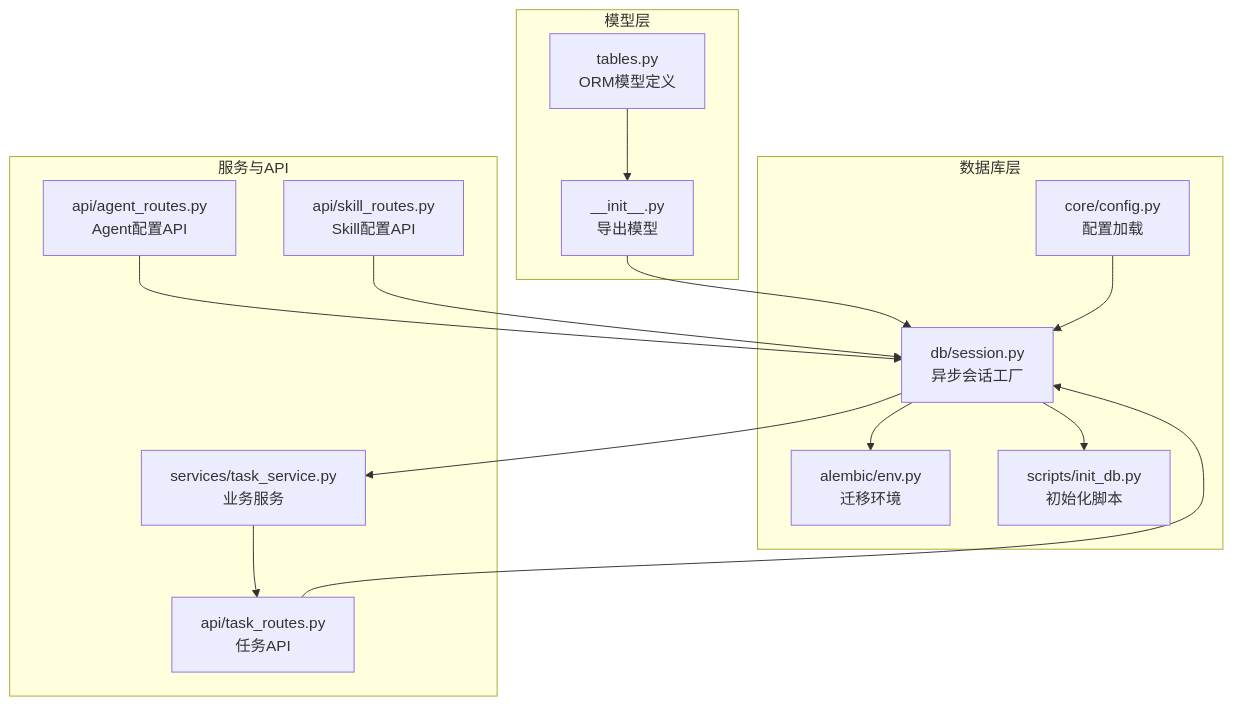
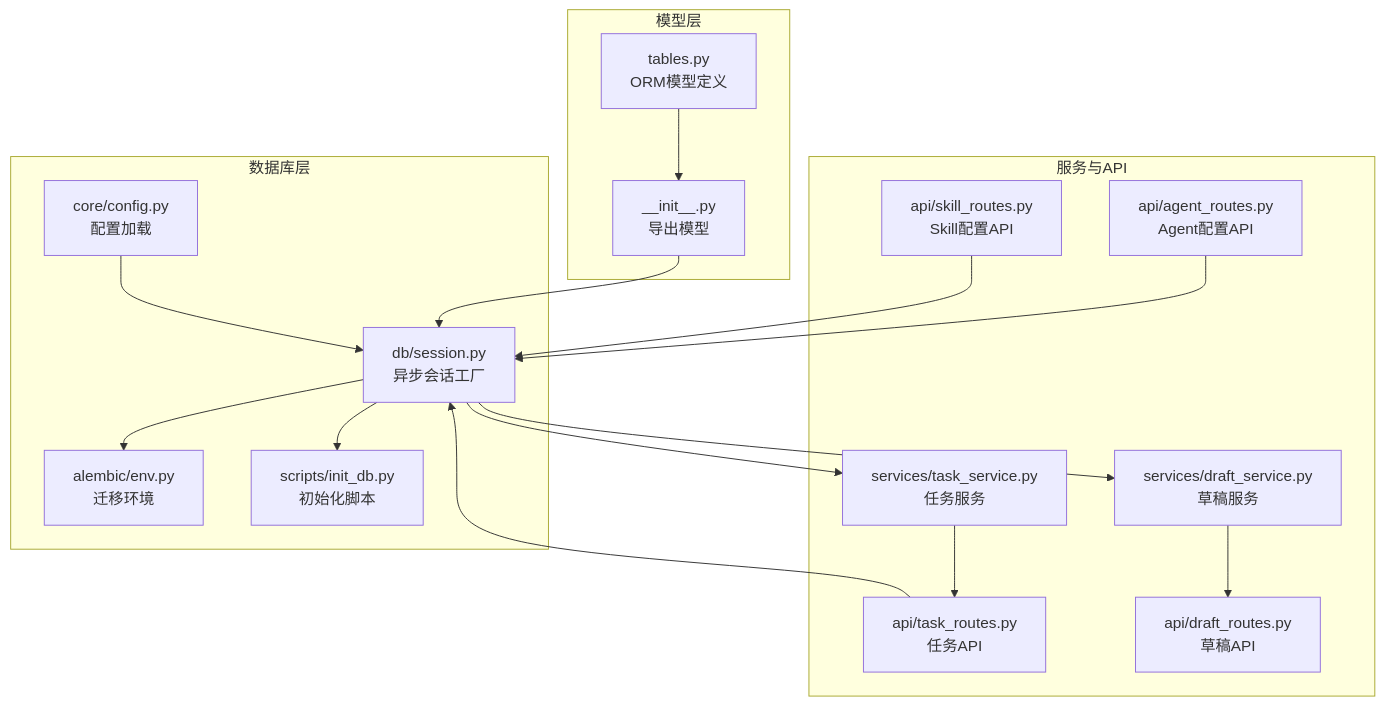
One commit to sansansansansan2022-web/hotclaw changed the first of 4 diagrams in .qoder/repowiki/zh/content/数据库设计/数据模型定义/数据模型定义.md. Above: the diagram before and after it, drawn with Mermaid. The commit also changed other lines of this file and 44 other files, not shown here.

````diff
--- a/.qoder/repowiki/zh/content/数据库设计/数据模型定义/数据模型定义.md
+++ b/.qoder/repowiki/zh/content/数据库设计/数据模型定义/数据模型定义.md
@@ -41,29 +46,33 @@
 ```mermaid
 graph TB
 subgraph "模型层"
 TBL["tables.py<br/>ORM模型定义"]
 INIT["__init__.py<br/>导出模型"]
 end
 subgraph "数据库层"
 CONF["core/config.py<br/>配置加载"]
 SESS["db/session.py<br/>异步会话工厂"]
 ALEMBIC["alembic/env.py<br/>迁移环境"]
 INITDB["scripts/init_db.py<br/>初始化脚本"]
 end
 subgraph "服务与API"
-SVC["services/task_service.py<br/>业务服务"]
+SVC["services/task_service.py<br/>任务服务"]
+DRAFTSVC["services/draft_service.py<br/>草稿服务"]
 RTASK["api/task_routes.py<br/>任务API"]
 RAGENT["api/agent_routes.py<br/>Agent配置API"]
 RSKILL["api/skill_routes.py<br/>Skill配置API"]
+RDRAFT["api/draft_routes.py<br/>草稿API"]
 end
 TBL --> INIT
 INIT --> SESS
 CONF --> SESS
 SESS --> ALEMBIC
 SESS --> INITDB
 SESS --> SVC
+SESS --> DRAFTSVC
 SVC --> RTASK
+DRAFTSVC --> RDRAFT
 RTASK --> SESS
 RAGENT --> SESS
 RSKILL --> SESS
 ```
````
